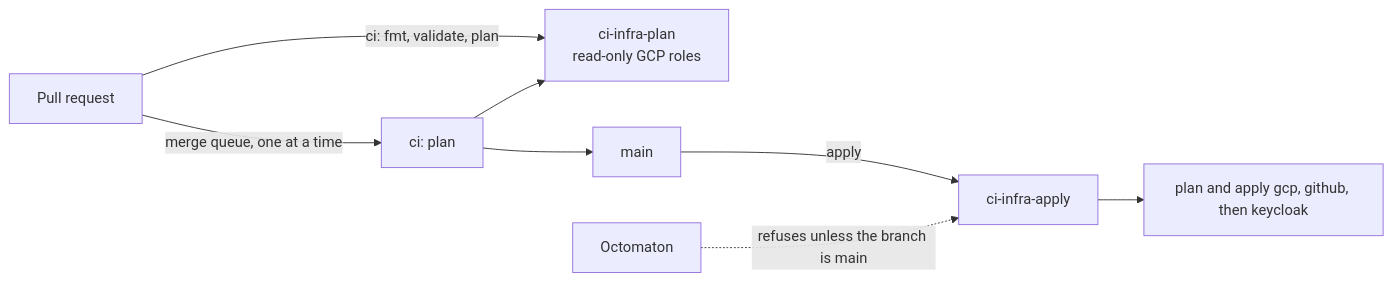
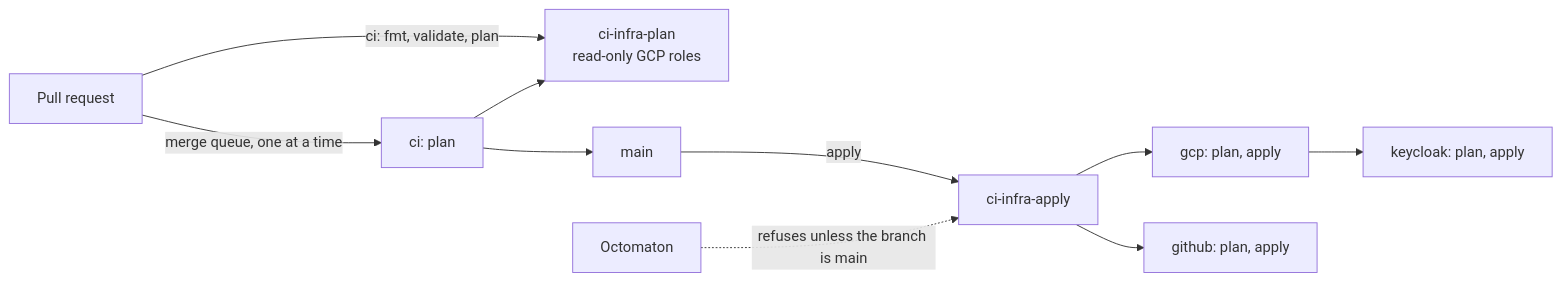
One commit to arikkfir-org/docs changed the diagram in hub/designs/terraform-plan-apply.md. Above: the diagram before and after it, drawn with Mermaid. The commit also changed other lines of this file and 1 other file, not shown here.

First line of the commit message:
docs(hub): plan and apply each infra root in its own task

````diff
--- a/hub/designs/terraform-plan-apply.md
+++ b/hub/designs/terraform-plan-apply.md
@@ -19,10 +19,12 @@
 ```mermaid
 flowchart LR
   PR[Pull request] -->|ci: fmt, validate, plan| PL[ci-infra-plan<br/>read-only GCP roles]
   PR -->|merge queue, one at a time| MQ[ci: plan]
   MQ --> PL
   MQ --> M[main]
   M -->|apply| AP[ci-infra-apply]
   O[Octomaton] -. refuses unless the branch is main .-> AP
-  AP --> A[plan and apply gcp, github, then keycloak]
+  AP --> G[gcp: plan, apply]
+  AP --> H[github: plan, apply]
+  G --> K[keycloak: plan, apply]
 ```
````
